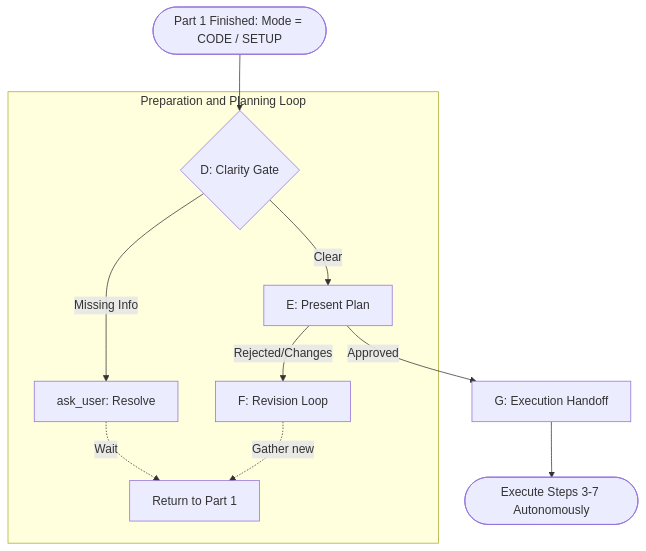
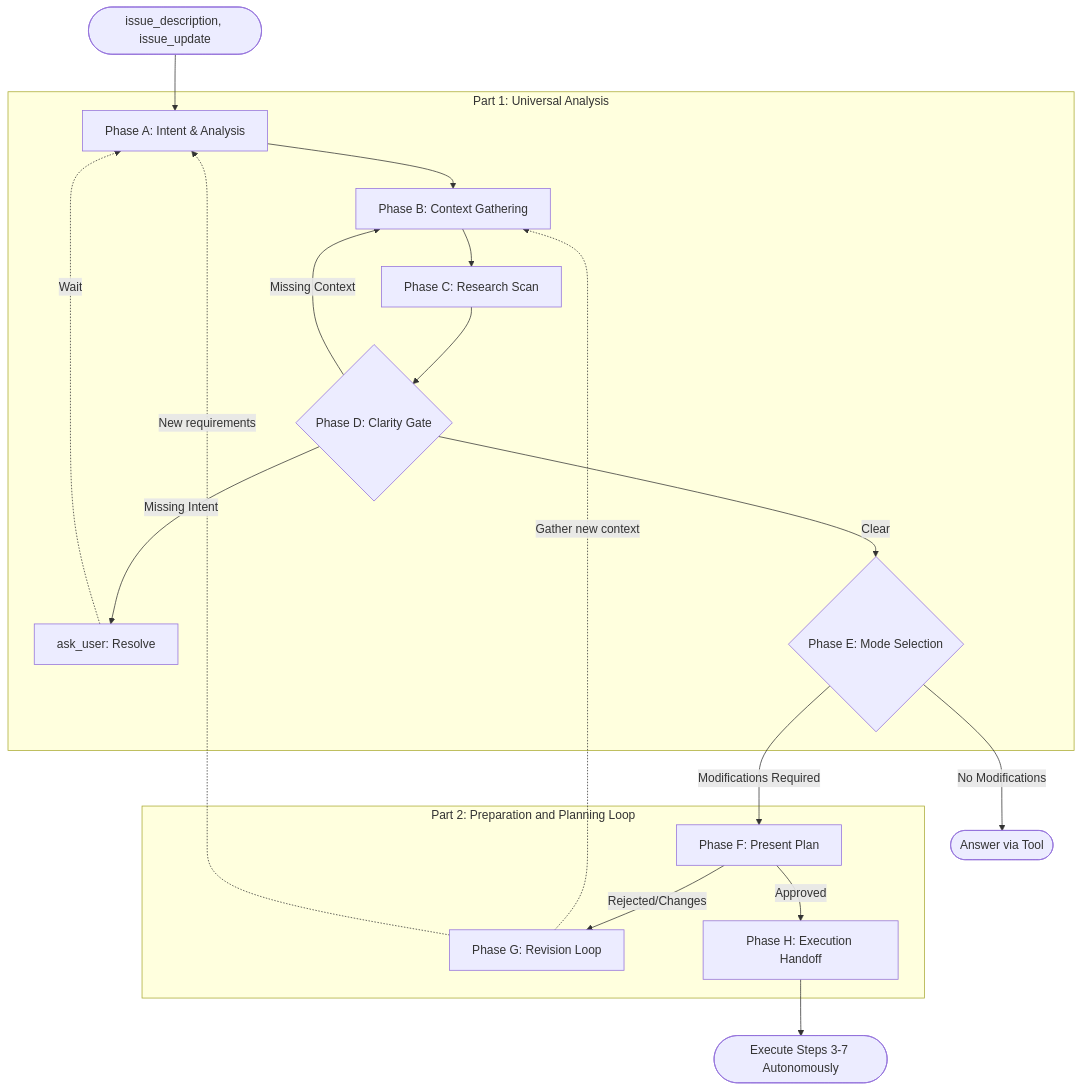
Before and after one commit to WavJaby/ultimate-junie-guideline-configurator: the diagram in src/01_core/workflow.md, drawn with Mermaid. The commit also changed other lines of this file and 3 other files, not shown here.

First line of the commit message:
refactor(workflow): restructure core phases and enhance mode selection clarity

````diff
--- a/src/01_core/workflow.md
+++ b/src/01_core/workflow.md
@@ -34,14 +16,22 @@
 ```mermaid
 graph TD
-    Start([Part 1 Finished: Mode = CODE / SETUP]) --> PhaseD
-    subgraph PrepLoop [Preparation and Planning Loop]
-        PhaseD{D: Clarity Gate}
-        PhaseD -- Missing Info --> AskGate[ask_user: Resolve]
-        AskGate -. Wait .-> PhaseA[Return to Part 1]
-        PhaseD -- Clear --> PhaseE[E: Present Plan]
-        PhaseE -- Rejected/Changes --> Revise[F: Revision Loop]
-        Revise -. Gather new .-> PhaseA
-    end
-    PhaseE -- Approved --> PhaseG[G: Execution Handoff]
-    PhaseG --> Exec([Execute Steps 3-7 Autonomously])
+ENTRY_POINT([issue_description, issue_update]) --> A
+subgraph UniversalAnalysis [Part 1: Universal Analysis]
+  A[Phase A: Intent & Analysis] --> B[Phase B: Context Gathering]
+  B --> C[Phase C: Research Scan]
+  C --> D{Phase D: Clarity Gate}
+  D --Missing Context--> B
+  D --Missing Intent--> AskUser[ask_user: Resolve]
+  AskUser -.Wait.-> A
+  D --Clear--> E{Phase E: Mode Selection}
+end
+E --Modifications Required--> F
+E --No Modifications--> Answer([Answer via Tool])
+subgraph PrepLoop [Part 2: Preparation and Planning Loop]
+  F[Phase F: Present Plan] --Rejected/Changes--> Revise[Phase G: Revision Loop]
+  Revise -.Gather new context.-> B
+  Revise -.New requirements.-> A
+  F --Approved--> H[Phase H: Execution Handoff]
+end
+H --> Exec([Execute Steps 3-7 Autonomously])
 ```
````
